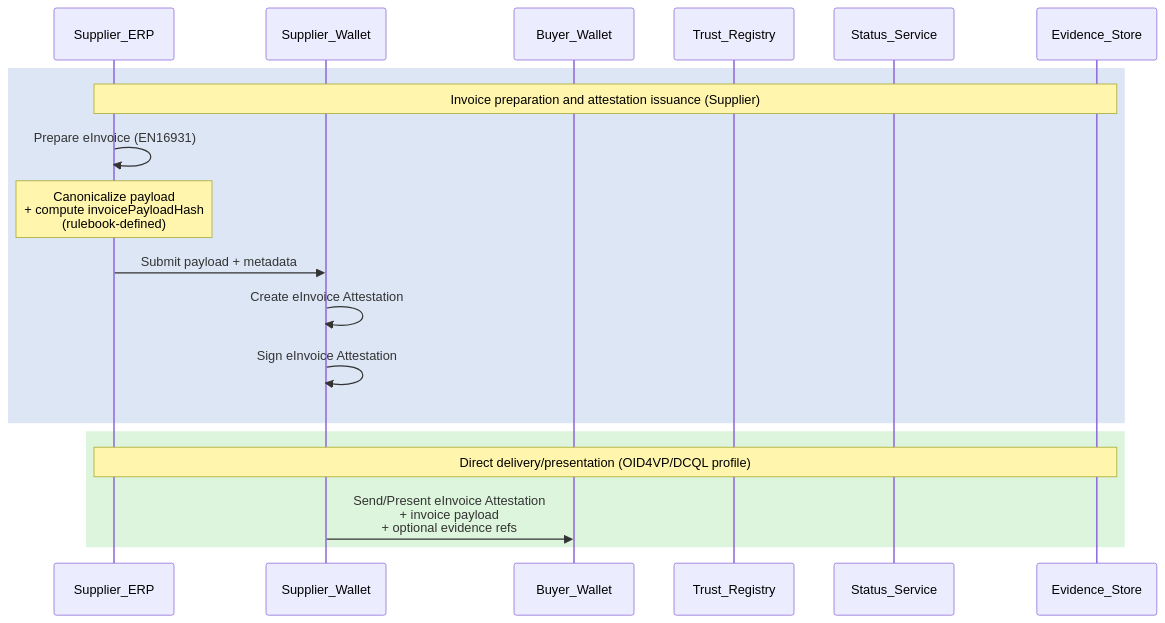
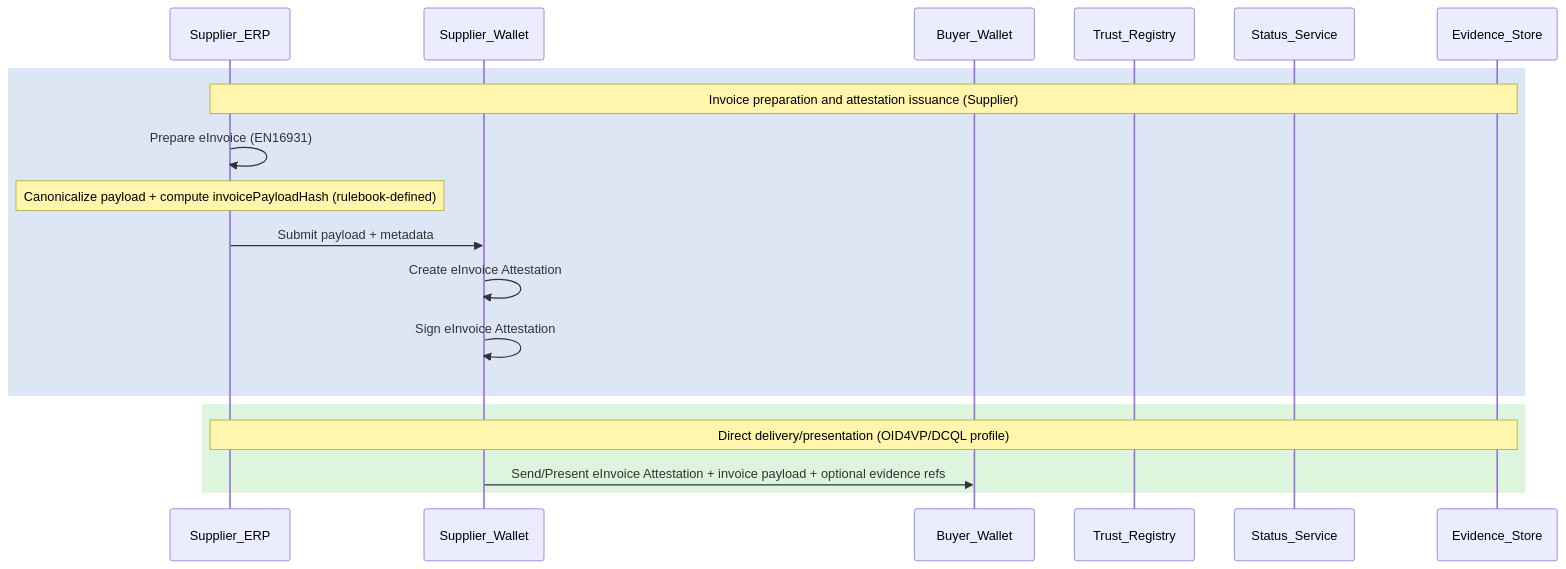
The second of 5 diagrams in Scenario/Scenario4.md (webuild-consortium/SC5), drawn with Mermaid before and after one commit. The commit also changed other lines of this file and 5 other files, not shown here.

````diff
--- a/Scenario/Scenario4.md
+++ b/Scenario/Scenario4.md
@@ -107,23 +93,23 @@
 ```mermaid
 sequenceDiagram
     participant Supplier_ERP as Supplier_ERP
     participant Supplier_Wallet as Supplier_Wallet
     participant Buyer_Wallet as Buyer_Wallet
     participant Trust_Registry as Trust_Registry
     participant Status_Service as Status_Service
     participant Evidence_Store as Evidence_Store
 
     rect rgb(220, 230, 245)
         Note over Supplier_ERP, Evidence_Store: Invoice preparation and attestation issuance (Supplier)
         Supplier_ERP ->> Supplier_ERP: Prepare eInvoice (EN16931)
-        Note over Supplier_ERP: Canonicalize payload<br/>+ compute invoicePayloadHash<br/>(rulebook-defined)
+        Note over Supplier_ERP: Canonicalize payload + compute invoicePayloadHash (rulebook-defined)
         Supplier_ERP ->> Supplier_Wallet: Submit payload + metadata
         Supplier_Wallet ->> Supplier_Wallet: Create eInvoice Attestation
         Supplier_Wallet ->> Supplier_Wallet: Sign eInvoice Attestation
     end
 
     rect rgb(220, 245, 220)
         Note over Supplier_ERP, Evidence_Store: Direct delivery/presentation (OID4VP/DCQL profile)
-        Supplier_Wallet ->> Buyer_Wallet: Send/Present eInvoice Attestation<br/>+ invoice payload<br/>+ optional evidence refs
+        Supplier_Wallet ->> Buyer_Wallet: Send/Present eInvoice Attestation + invoice payload + optional evidence refs
     end
 ```
````
